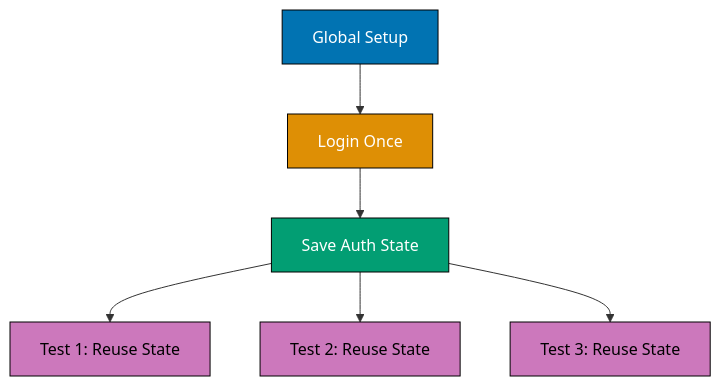
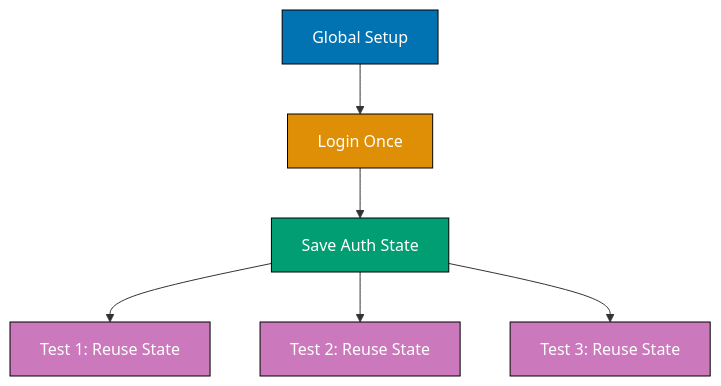
One commit to wahidyankf/open-sharia-enterprise changed the fifth of 5 diagrams in apps/ayokoding-web/content/en/learn/software-engineering/automation-testing/playwright/by-example/advanced.md. Above: the diagram before and after it, drawn with Mermaid. The commit also changed other lines of this file and 61 other files, not shown here.

First line of the commit message:
fix(ayokoding-web): quote Mermaid node labels with special characters in Example 63

````diff
--- a/apps/ayokoding-web/content/en/learn/software-engineering/automation-testing/playwright/by-example/advanced.md
+++ b/apps/ayokoding-web/content/en/learn/software-engineering/automation-testing/playwright/by-example/advanced.md
@@ -2261,23 +2261,23 @@
 ```mermaid
 %% Color Palette: Blue #0173B2, Orange #DE8F05, Teal #029E73
 graph TD
     A[Global Setup]
     B[Login Once]
     C[Save Auth State]
     D[Test 1: Reuse State]
     E[Test 2: Reuse State]
     F[Test 3: Reuse State]
 
     A --> B
     B --> C
     C --> D
     C --> E
     C --> F
 
     style A fill:#0173B2,stroke:#000,color:#fff
     style B fill:#DE8F05,stroke:#000,color:#fff
     style C fill:#029E73,stroke:#000,color:#fff
-    style D fill:#CC78BC,stroke:#000,color:#000
-    style E fill:#CC78BC,stroke:#000,color:#000
-    style F fill:#CC78BC,stroke:#000,color:#000
+    style D fill:#CC78BC,stroke:#000,color:#fff
+    style E fill:#CC78BC,stroke:#000,color:#fff
+    style F fill:#CC78BC,stroke:#000,color:#fff
 ```
````
